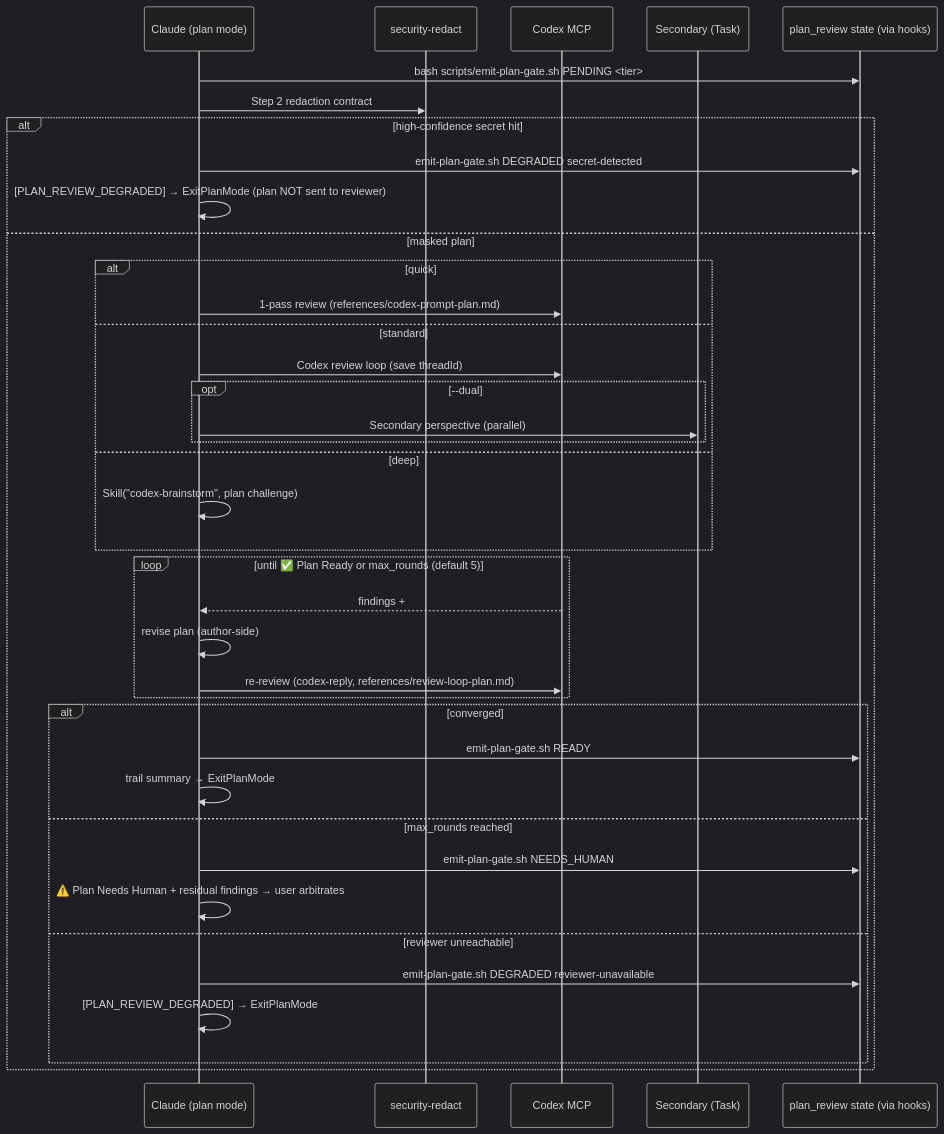
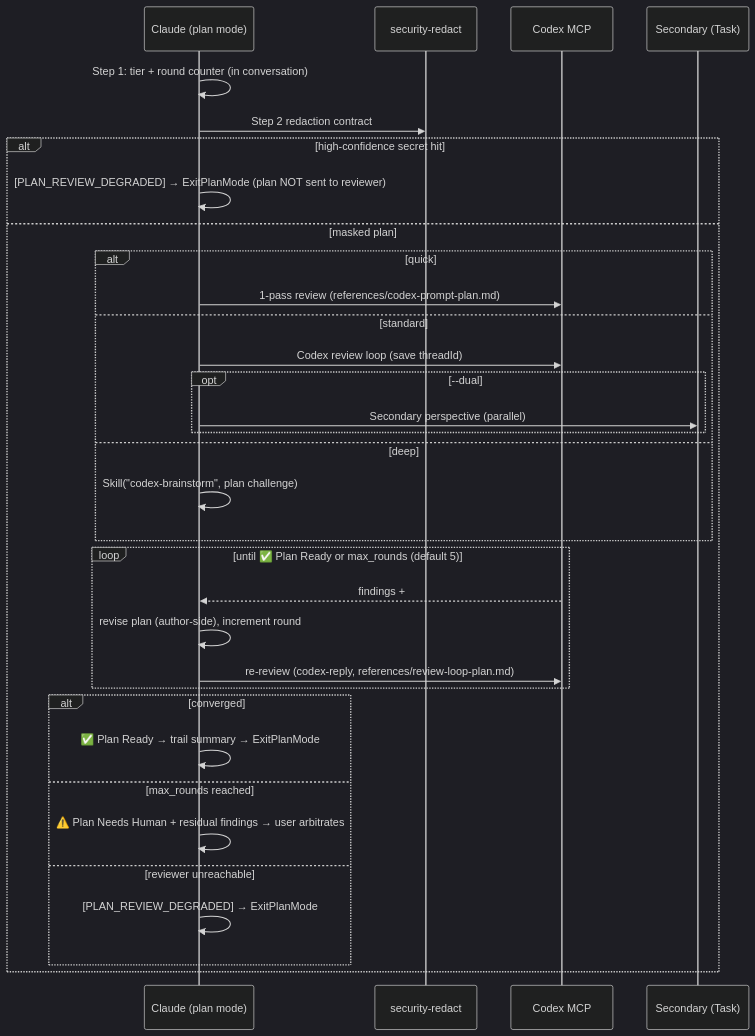
The diagram in skills/plan-review/SKILL.md (sd0xdev/sd0x-dev-flow), drawn with Mermaid (dark theme) before and after one commit. The commit also changed other lines of this file and 29 other files, not shown here.

````diff
--- a/skills/plan-review/SKILL.md
+++ b/skills/plan-review/SKILL.md
@@ -45,41 +45,36 @@
 ```mermaid
 sequenceDiagram
     participant C as Claude (plan mode)
     participant RD as security-redact
     participant CX as Codex MCP
     participant SA as Secondary (Task)
-    participant ST as plan_review state (via hooks)
 
-    C->>ST: bash scripts/emit-plan-gate.sh PENDING <tier>
+    C->>C: Step 1: tier + round counter (in conversation)
     C->>RD: Step 2 redaction contract
     alt high-confidence secret hit
-        C->>ST: emit-plan-gate.sh DEGRADED secret-detected
         C->>C: [PLAN_REVIEW_DEGRADED] → ExitPlanMode (plan NOT sent to reviewer)
     else masked plan
         alt quick
             C->>CX: 1-pass review (references/codex-prompt-plan.md)
         else standard
             C->>CX: Codex review loop (save threadId)
             opt --dual
                 C->>SA: Secondary perspective (parallel)
             end
         else deep
             C->>C: Skill("codex-brainstorm", plan challenge)
         end
         loop until ✅ Plan Ready or max_rounds (default 5)
             CX-->>C: findings + ## Plan Review sentinel
-            C->>C: revise plan (author-side)
+            C->>C: revise plan (author-side), increment round
             C->>CX: re-review (codex-reply, references/review-loop-plan.md)
         end
         alt converged
-            C->>ST: emit-plan-gate.sh READY
-            C->>C: trail summary → ExitPlanMode
+            C->>C: ✅ Plan Ready → trail summary → ExitPlanMode
         else max_rounds reached
-            C->>ST: emit-plan-gate.sh NEEDS_HUMAN
             C->>C: ⚠️ Plan Needs Human + residual findings → user arbitrates
         else reviewer unreachable
-            C->>ST: emit-plan-gate.sh DEGRADED reviewer-unavailable
             C->>C: [PLAN_REVIEW_DEGRADED] → ExitPlanMode
         end
     end
 ```
````
